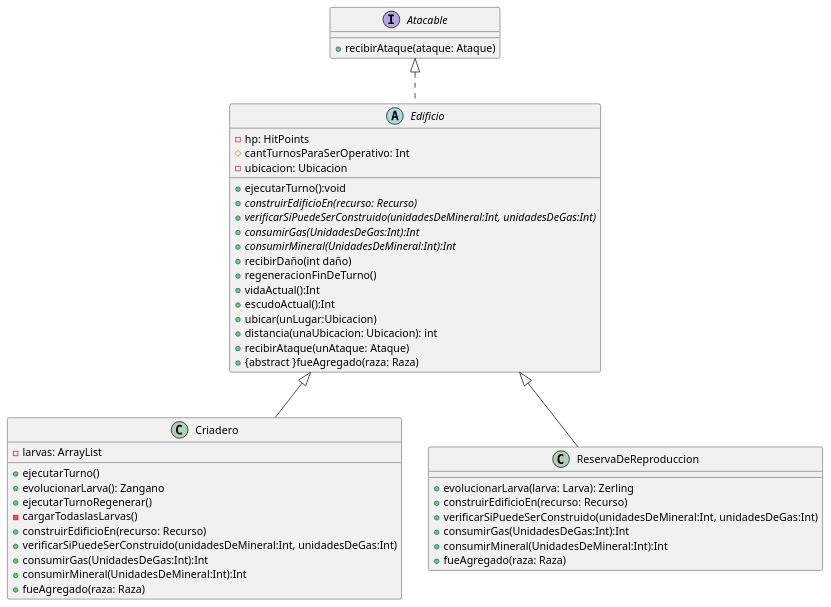
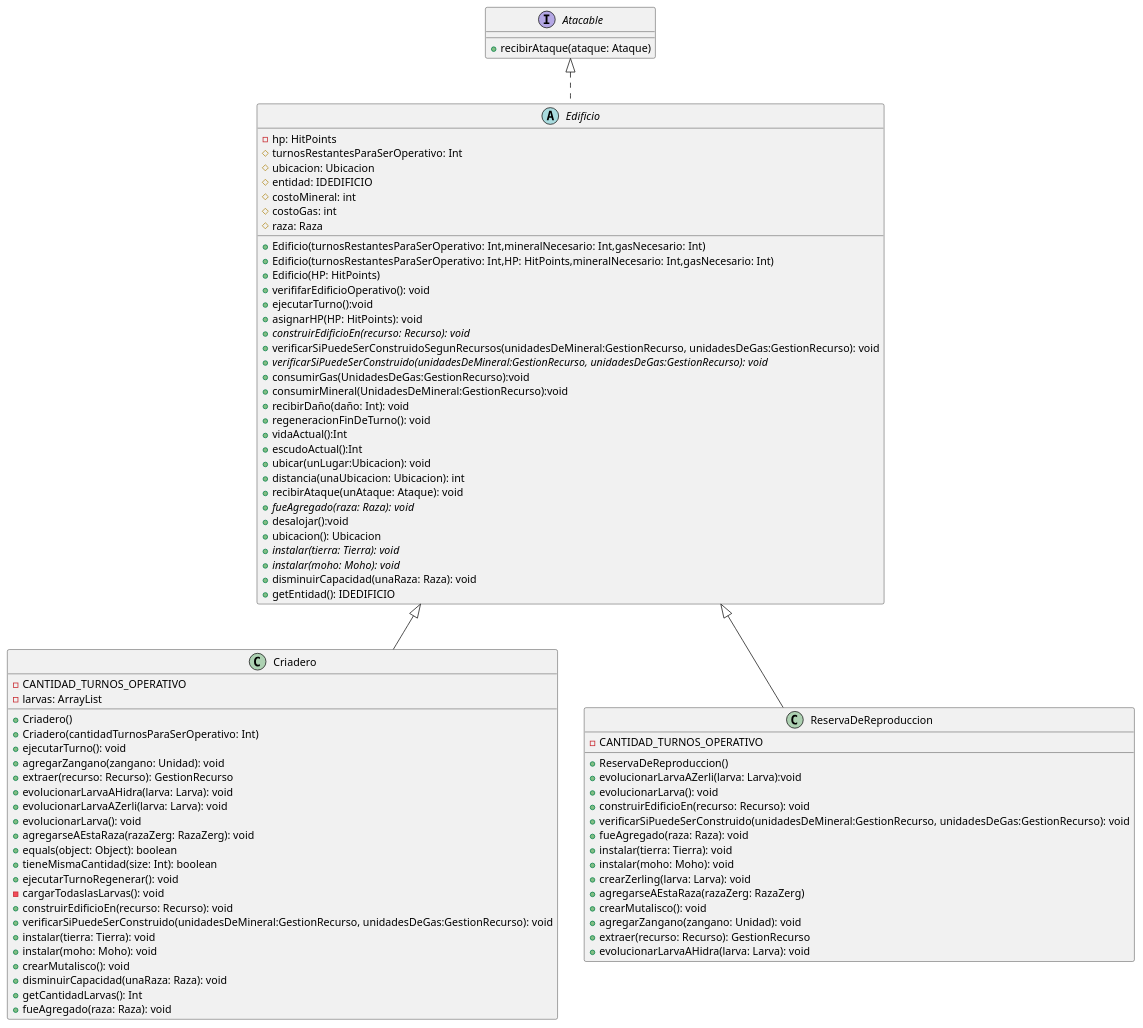
Before and after one commit to nicolasgirardi/algo3_TP2_AlgoStar: the diagram in diagrams/classes/EdificiosZerg1.puml, drawn with PlantUML. The commit also changed 3 other files, not shown here.

```diff
--- a/diagrams/classes/EdificiosZerg1.puml
+++ b/diagrams/classes/EdificiosZerg1.puml
@@ -1,56 +1,95 @@
 @startuml
 'https://plantuml.com/class-diagram
 
 abstract class Edificio {
     -hp: HitPoints
-    #cantTurnosParaSerOperativo: Int
-    -ubicacion: Ubicacion
+    #turnosRestantesParaSerOperativo: Int
+    #ubicacion: Ubicacion
+    #entidad: IDEDIFICIO
+    #costoMineral: int
+    #costoGas: int
+    #raza: Raza
+
+    +Edificio(turnosRestantesParaSerOperativo: Int,mineralNecesario: Int,gasNecesario: Int)
+    +Edificio(turnosRestantesParaSerOperativo: Int,HP: HitPoints,mineralNecesario: Int,gasNecesario: Int)
+    +Edificio(HP: HitPoints)
+    +verififarEdificioOperativo(): void
     +ejecutarTurno():void
-    + {abstract} construirEdificioEn(recurso: Recurso)
-    + {abstract} verificarSiPuedeSerConstruido(unidadesDeMineral:Int, unidadesDeGas:Int)
-    + {abstract} consumirGas(UnidadesDeGas:Int):Int
-    + {abstract} consumirMineral(UnidadesDeMineral:Int):Int
-    +recibirDaño(int daño)
-    +regeneracionFinDeTurno()
+    +asignarHP(HP: HitPoints): void
+    + {abstract} construirEdificioEn(recurso: Recurso): void
+    + verificarSiPuedeSerConstruidoSegunRecursos(unidadesDeMineral:GestionRecurso, unidadesDeGas:GestionRecurso): void
+    + {abstract} verificarSiPuedeSerConstruido(unidadesDeMineral:GestionRecurso, unidadesDeGas:GestionRecurso): void
+    +consumirGas(UnidadesDeGas:GestionRecurso):void
+    +consumirMineral(UnidadesDeMineral:GestionRecurso):void
+    +recibirDaño(daño: Int): void
+    +regeneracionFinDeTurno(): void
     +vidaActual():Int
     +escudoActual():Int
-    + ubicar(unLugar:Ubicacion)
+    + ubicar(unLugar:Ubicacion): void
     + distancia(unaUbicacion: Ubicacion): int
-    +recibirAtaque(unAtaque: Ataque)
-    + {abstract }fueAgregado(raza: Raza)
+    +recibirAtaque(unAtaque: Ataque): void
+    + {abstract} fueAgregado(raza: Raza): void
+    +desalojar():void
+    +ubicacion(): Ubicacion
+    +{abstract} instalar(tierra: Tierra): void
+    +{abstract} instalar(moho: Moho): void
+    +disminuirCapacidad(unaRaza: Raza): void
+    +getEntidad(): IDEDIFICIO
 }
 
 class Criadero{
+    -CANTIDAD_TURNOS_OPERATIVO
+    -larvas: ArrayList
 
-    -larvas: ArrayList
-    +ejecutarTurno()
-    +evolucionarLarva(): Zangano
-    +ejecutarTurnoRegenerar()
-    -cargarTodaslasLarvas()
-    +construirEdificioEn(recurso: Recurso)
-    +verificarSiPuedeSerConstruido(unidadesDeMineral:Int, unidadesDeGas:Int)
-    + consumirGas(UnidadesDeGas:Int):Int
-    + consumirMineral(UnidadesDeMineral:Int):Int
-    + fueAgregado(raza: Raza)
-
+    +Criadero()
+    +Criadero(cantidadTurnosParaSerOperativo: Int)
+    +ejecutarTurno(): void
+    +agregarZangano(zangano: Unidad): void
+    +extraer(recurso: Recurso): GestionRecurso
+    +evolucionarLarvaAHidra(larva: Larva): void
+    +evolucionarLarvaAZerli(larva: Larva): void
+    +evolucionarLarva(): void
+    +agregarseAEstaRaza(razaZerg: RazaZerg): void
+    +equals(object: Object): boolean
+    +tieneMismaCantidad(size: Int): boolean
+    +ejecutarTurnoRegenerar(): void
+    -cargarTodaslasLarvas(): void
+    +construirEdificioEn(recurso: Recurso): void
+    +verificarSiPuedeSerConstruido(unidadesDeMineral:GestionRecurso, unidadesDeGas:GestionRecurso): void
+    +instalar(tierra: Tierra): void
+    +instalar(moho: Moho): void
+    +crearMutalisco(): void
+    +disminuirCapacidad(unaRaza: Raza): void
+    +getCantidadLarvas(): Int
+    + fueAgregado(raza: Raza): void
 }
 
 class ReservaDeReproduccion{
+    -CANTIDAD_TURNOS_OPERATIVO
 
-    +evolucionarLarva(larva: Larva): Zerling
-    +construirEdificioEn(recurso: Recurso)
-    +verificarSiPuedeSerConstruido(unidadesDeMineral:Int, unidadesDeGas:Int)
-    + consumirGas(UnidadesDeGas:Int):Int
-    + consumirMineral(UnidadesDeMineral:Int):Int
-    + fueAgregado(raza: Raza)
+    +ReservaDeReproduccion()
+    +evolucionarLarvaAZerli(larva: Larva):void
+    +evolucionarLarva(): void
+    +construirEdificioEn(recurso: Recurso): void
+    +verificarSiPuedeSerConstruido(unidadesDeMineral:GestionRecurso, unidadesDeGas:GestionRecurso): void
+    + fueAgregado(raza: Raza): void
+    +instalar(tierra: Tierra): void
+    +instalar(moho: Moho): void
+    +crearZerling(larva: Larva): void
+    +agregarseAEstaRaza(razaZerg: RazaZerg)
+    +crearMutalisco(): void
+    +agregarZangano(zangano: Unidad): void
+    +extraer(recurso: Recurso): GestionRecurso
+    + evolucionarLarvaAHidra(larva: Larva): void
+
 }
 
 interface Atacable {
     +recibirAtaque(ataque: Ataque)
 }
 
 Edificio <|-- Criadero
 Edificio <|-- ReservaDeReproduccion
 Atacable <|.. Edificio
 
 @enduml
```
